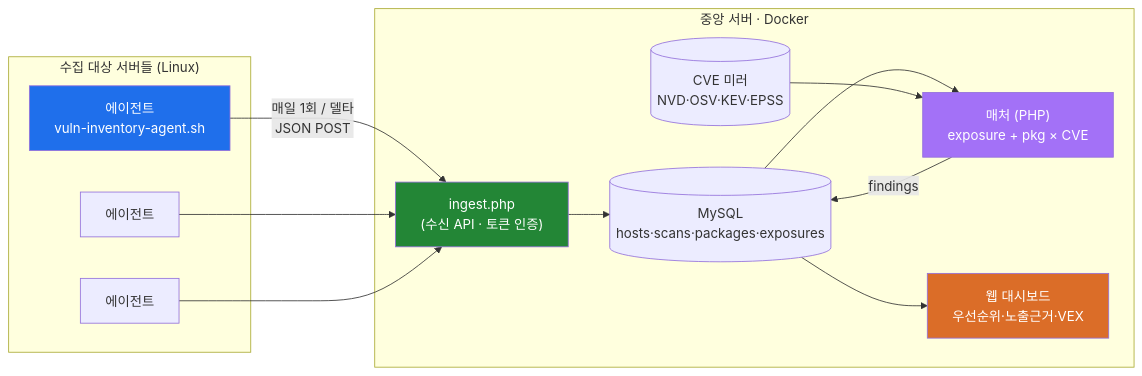
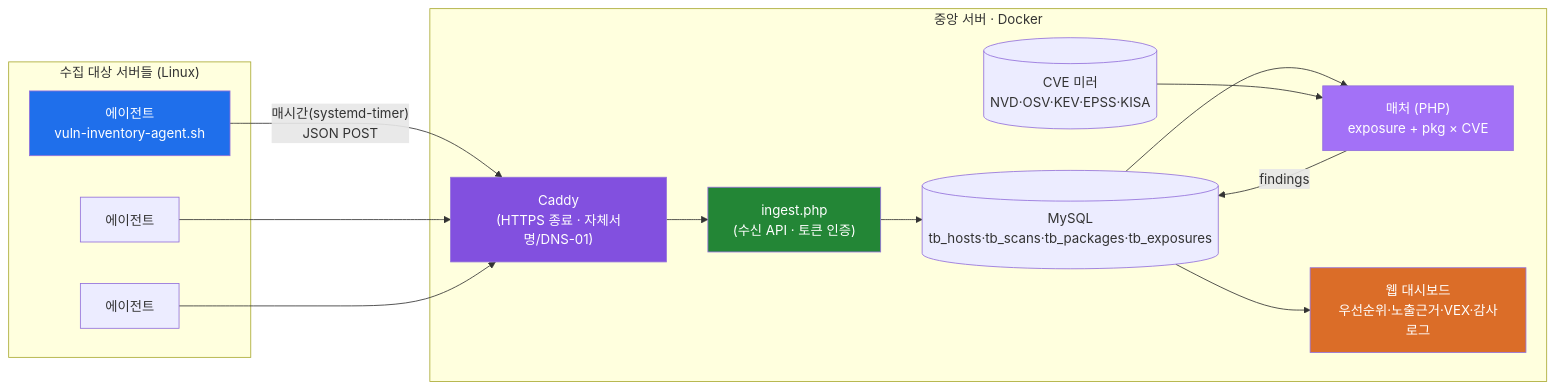
The first of 6 diagrams in docs/architecture.md (JeongDoWook/vuln-agent), drawn with Mermaid before and after one commit. The commit also changed other lines of this file and 3 other files, not shown here.

First line of the commit message:
docs: tb_/감사로그/HTTPS/자동수집 반영 문서 전면 최신화

````diff
--- a/docs/architecture.md
+++ b/docs/architecture.md
@@ -11,30 +11,33 @@
 ```mermaid
 flowchart LR
     subgraph Servers["수집 대상 서버들 (Linux)"]
         A1["에이전트<br/>vuln-inventory-agent.sh"]
         A2["에이전트"]
         A3["에이전트"]
     end
 
     subgraph Central["중앙 서버 · Docker"]
+        CADDY["Caddy<br/>(HTTPS 종료 · 자체서명/DNS-01)"]
         ING["ingest.php<br/>(수신 API · 토큰 인증)"]
-        DB[("MySQL<br/>hosts·scans·packages·exposures")]
+        DB[("MySQL<br/>tb_hosts·tb_scans·tb_packages·tb_exposures")]
         MAT["매처 (PHP)<br/>exposure + pkg × CVE"]
-        CVE[("CVE 미러<br/>NVD·OSV·KEV·EPSS")]
-        WEB["웹 대시보드<br/>우선순위·노출근거·VEX"]
+        CVE[("CVE 미러<br/>NVD·OSV·KEV·EPSS·KISA")]
+        WEB["웹 대시보드<br/>우선순위·노출근거·VEX·감사로그"]
     end
 
-    A1 -->|"매일 1회 / 델타<br/>JSON POST"| ING
-    A2 --> ING
-    A3 --> ING
+    A1 -->|"매시간(systemd-timer)<br/>JSON POST"| CADDY
+    A2 --> CADDY
+    A3 --> CADDY
+    CADDY --> ING
     ING --> DB
     DB --> MAT
     CVE --> MAT
     MAT -->|findings| DB
     DB --> WEB
 
     style A1 fill:#1f6feb,color:#fff
+    style CADDY fill:#8250df,color:#fff
     style ING fill:#238636,color:#fff
     style MAT fill:#a371f7,color:#fff
     style WEB fill:#db6d28,color:#fff
 ```
````
